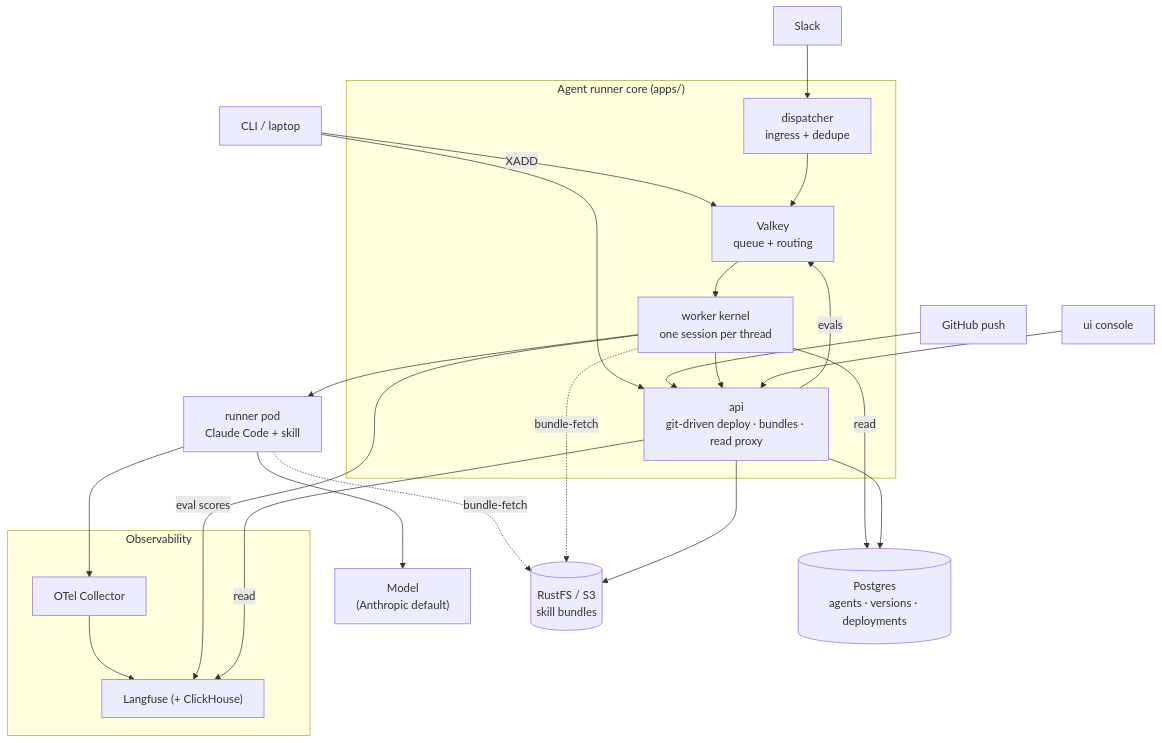
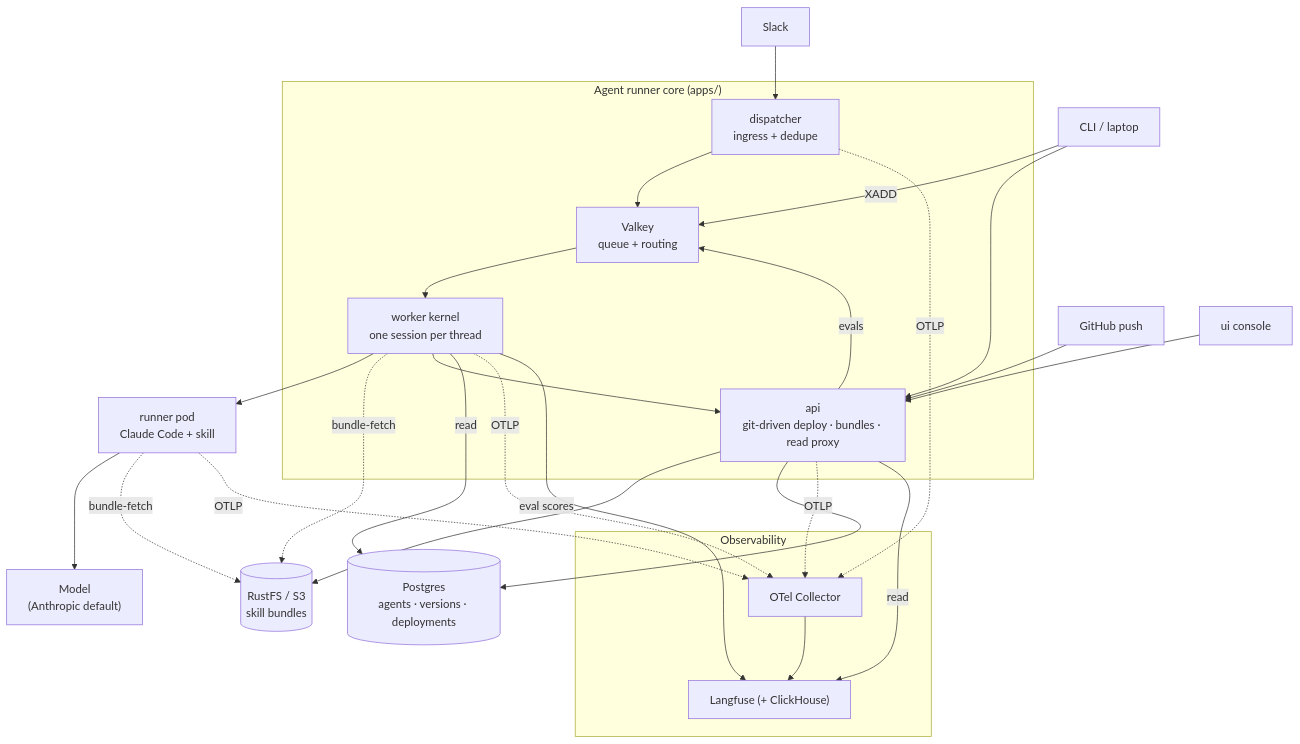
One commit to curie-eng/agentos changed the first of 3 diagrams in ARCHITECTURE.md. Above: the diagram before and after it, drawn with Mermaid. The commit also changed other lines of this file and 3 other files, not shown here.

````diff
--- a/ARCHITECTURE.md
+++ b/ARCHITECTURE.md
@@ -137,43 +137,46 @@
 ```mermaid
 flowchart TB
     Slack["Slack"]
     CLI["CLI / laptop"]
     GH["GitHub push"]
 
     subgraph core["Agent runner core (apps/)"]
         Dispatcher["dispatcher<br/>ingress + dedupe"]
         Queue["Valkey<br/>queue + routing"]
         Worker["worker kernel<br/>one session per thread"]
         API["api<br/>git-driven deploy · bundles · read proxy"]
     end
 
     Sandbox["runner pod<br/>Claude Code + skill"]
     Anthropic["Model<br/>(Anthropic default)"]
 
     UI["ui console"]
     Store[("RustFS / S3<br/>skill bundles")]
     PG[("Postgres<br/>agents · versions · deployments")]
 
     subgraph obs["Observability"]
         OTel["OTel Collector"]
         LF["Langfuse (+ ClickHouse)"]
         OTel --> LF
     end
 
     Slack --> Dispatcher
     CLI -- XADD --> Queue
     CLI --> API
     GH --> API
     Dispatcher --> Queue --> Worker --> Sandbox --> Anthropic
     API -- evals --> Queue
     Sandbox -. bundle-fetch .-> Store
     Worker -. bundle-fetch .-> Store
     Worker --> API
     Worker -- read --> PG
     API --> Store
     API --> PG
     UI --> API
-    Sandbox --> OTel
+    API -. OTLP .-> OTel
+    Dispatcher -. OTLP .-> OTel
+    Worker -. OTLP .-> OTel
+    Sandbox -. OTLP .-> OTel
     Worker -- eval scores --> LF
     API -- read --> LF
 ```
````
